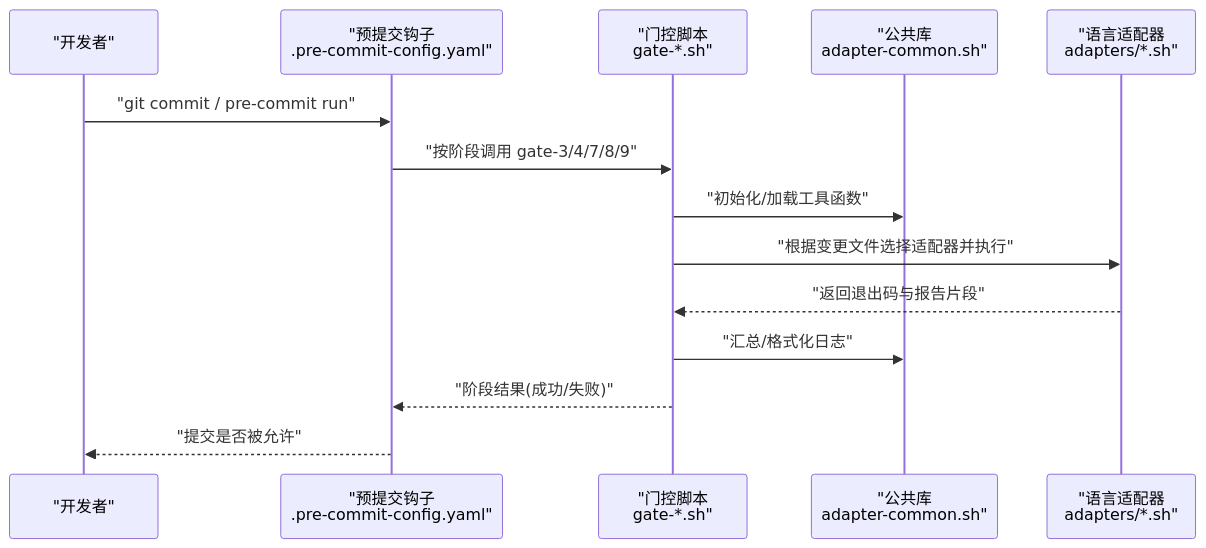
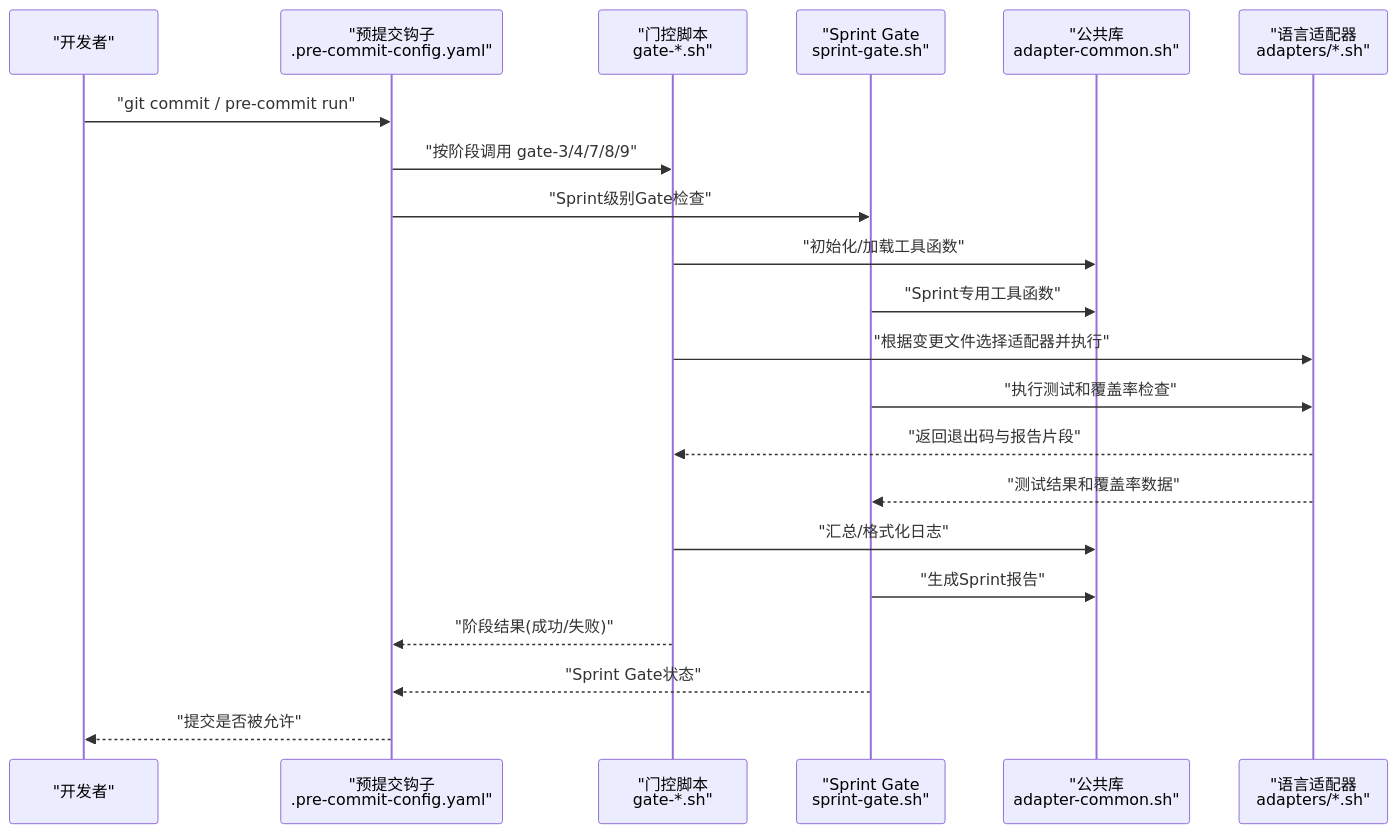
Before and after one commit to boyingliu01/fault-review-analyzer: the second of 6 diagrams in .qoder/repowiki/zh/content/开发指南/Git Hooks系统.md, drawn with Mermaid. The commit also changed other lines of this file and 125 other files, not shown here.

````diff
--- a/.qoder/repowiki/zh/content/开发指南/Git Hooks系统.md
+++ b/.qoder/repowiki/zh/content/开发指南/Git Hooks系统.md
@@ -205,16 +227,23 @@
 ```mermaid
 sequenceDiagram
 participant Dev as "开发者"
 participant PC as "预提交钩子<br/>.pre-commit-config.yaml"
 participant Gate as "门控脚本<br/>gate-*.sh"
+participant Sprint as "Sprint Gate<br/>sprint-gate.sh"
 participant Common as "公共库<br/>adapter-common.sh"
 participant Adapter as "语言适配器<br/>adapters/*.sh"
 Dev->>PC : "git commit / pre-commit run"
 PC->>Gate : "按阶段调用 gate-3/4/7/8/9"
+PC->>Sprint : "Sprint级别Gate检查"
 Gate->>Common : "初始化/加载工具函数"
+Sprint->>Common : "Sprint专用工具函数"
 Gate->>Adapter : "根据变更文件选择适配器并执行"
+Sprint->>Adapter : "执行测试和覆盖率检查"
 Adapter-->>Gate : "返回退出码与报告片段"
+Adapter-->>Sprint : "测试结果和覆盖率数据"
 Gate->>Common : "汇总/格式化日志"
+Sprint->>Common : "生成Sprint报告"
 Gate-->>PC : "阶段结果(成功/失败)"
+Sprint-->>PC : "Sprint Gate状态"
 PC-->>Dev : "提交是否被允许"
 ```
````
